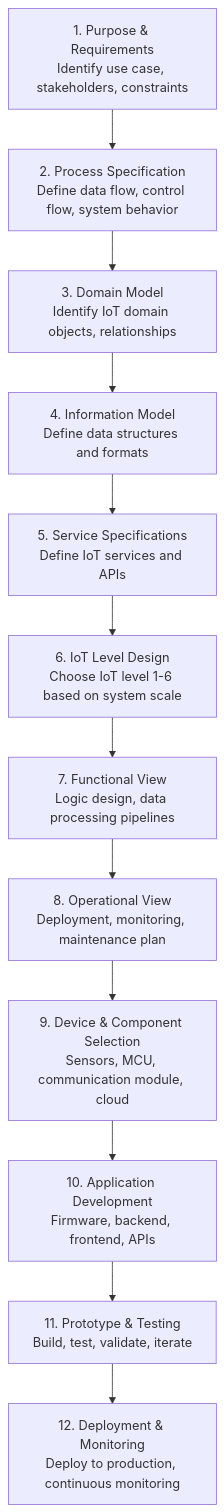
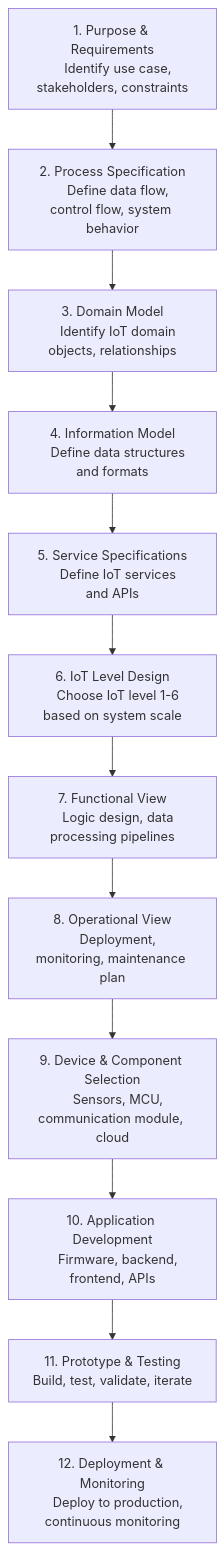
One commit to lazgaming70/IOT-CIA-1 changed the fourth of 13 diagrams in Unofficial-QB/Unofficial-QB-Claude-Ans.md. Above: the diagram before and after it, drawn with Mermaid. The commit also changed other lines of this file, not shown here.

Commit message:
Fixed mermaidjs newline syntax

````diff
--- a/Unofficial-QB/Unofficial-QB-Claude-Ans.md
+++ b/Unofficial-QB/Unofficial-QB-Claude-Ans.md
@@ -574,14 +596,26 @@
 ```mermaid
 flowchart TD
-    A[1. Purpose & Requirements\nIdentify use case, stakeholders, constraints] --> B[2. Process Specification\nDefine data flow, control flow, system behavior]
-    B --> C[3. Domain Model\nIdentify IoT domain objects, relationships]
-    C --> D[4. Information Model\nDefine data structures and formats]
-    D --> E[5. Service Specifications\nDefine IoT services and APIs]
-    E --> F[6. IoT Level Design\nChoose IoT level 1-6 based on system scale]
-    F --> G[7. Functional View\nLogic design, data processing pipelines]
-    G --> H[8. Operational View\nDeployment, monitoring, maintenance plan]
-    H --> I[9. Device & Component Selection\nSensors, MCU, communication module, cloud]
-    I --> J[10. Application Development\nFirmware, backend, frontend, APIs]
-    J --> K[11. Prototype & Testing\nBuild, test, validate, iterate]
-    K --> L[12. Deployment & Monitoring\nDeploy to production, continuous monitoring]
+    A[1. Purpose & Requirements
+    Identify use case, stakeholders, constraints] --> B[2. Process Specification
+    Define data flow, control flow, system behavior]
+    B --> C[3. Domain Model
+    Identify IoT domain objects, relationships]
+    C --> D[4. Information Model
+    Define data structures and formats]
+    D --> E[5. Service Specifications
+    Define IoT services and APIs]
+    E --> F[6. IoT Level Design
+    Choose IoT level 1-6 based on system scale]
+    F --> G[7. Functional View
+    Logic design, data processing pipelines]
+    G --> H[8. Operational View
+    Deployment, monitoring, maintenance plan]
+    H --> I[9. Device & Component Selection
+    Sensors, MCU, communication module, cloud]
+    I --> J[10. Application Development
+    Firmware, backend, frontend, APIs]
+    J --> K[11. Prototype & Testing
+    Build, test, validate, iterate]
+    K --> L[12. Deployment & Monitoring
+    Deploy to production, continuous monitoring]
 ```
````
